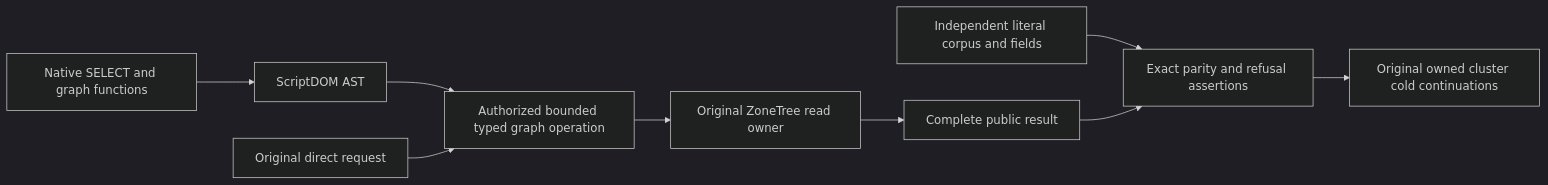
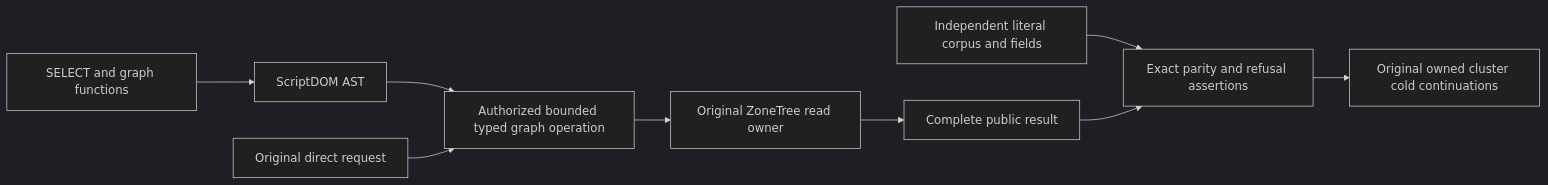
Before and after one commit to managedcode/KeyLoad: the diagram in docs/Features/QueryExecution/ScriptDomGraphConsumers.md, drawn with Mermaid (dark theme). The commit also changed other lines of this file and 9016 other files, not shown here.

````diff
--- a/docs/Features/QueryExecution/ScriptDomGraphConsumers.md
+++ b/docs/Features/QueryExecution/ScriptDomGraphConsumers.md
@@ -12,11 +12,11 @@
 ```mermaid
 flowchart LR
-    SQL[Native SELECT and graph functions] --> AST[ScriptDOM AST]
+    SQL[SELECT and graph functions] --> AST[ScriptDOM AST]
     AST --> Typed[Authorized bounded typed graph operation]
     Typed --> Owner[Original ZoneTree read owner]
     Owner --> Result[Complete public result]
     Direct[Original direct request] --> Typed
     Oracle[Independent literal corpus and fields] --> Verify[Exact parity and refusal assertions]
     Result --> Verify
     Verify --> Cold[Original owned cluster cold continuations]
 ```
````
